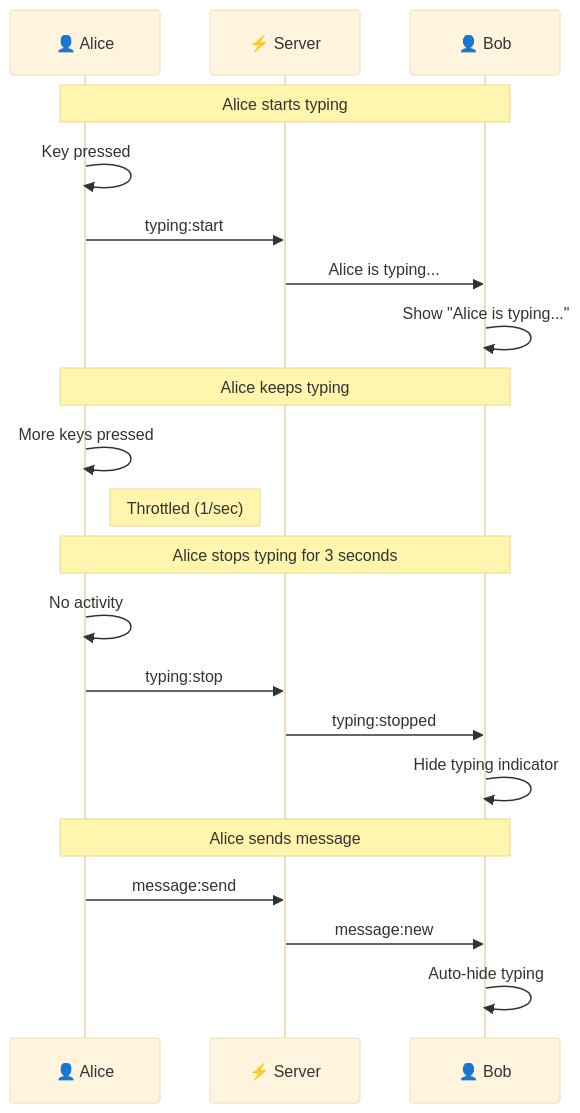
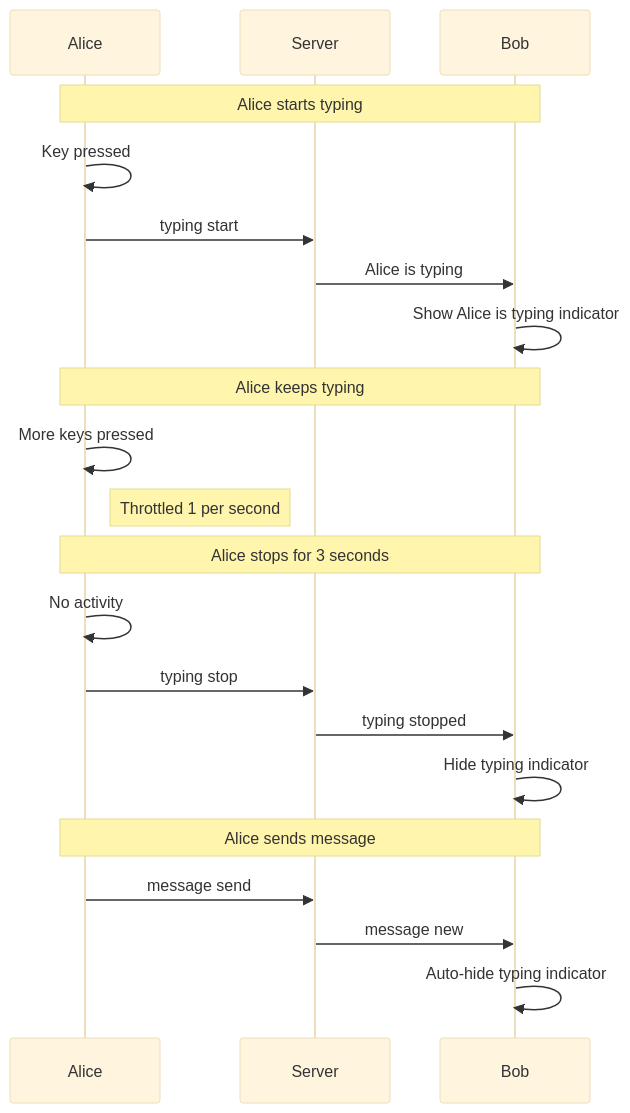
One commit to AtharvaBansod/CAAS changed diagram 18 of 40 in docs/COMPLETE_PLATFORM_VISUAL_GUIDE.md. Above: the diagram before and after it, drawn with Mermaid (base theme). The commit also changed other lines of this file, not shown here.

````diff
--- a/docs/COMPLETE_PLATFORM_VISUAL_GUIDE.md
+++ b/docs/COMPLETE_PLATFORM_VISUAL_GUIDE.md
@@ -550,27 +636,27 @@
 ```mermaid
 sequenceDiagram
-    participant A as 👤 Alice
-    participant SERVER as ⚡ Server
-    participant B as 👤 Bob
+    participant A as Alice
+    participant SERVER as Server
+    participant B as Bob
     
     Note over A,B: Alice starts typing
     A->>A: Key pressed
-    A->>SERVER: typing:start
-    SERVER->>B: Alice is typing...
-    B->>B: Show "Alice is typing..."
+    A->>SERVER: typing start
+    SERVER->>B: Alice is typing
+    B->>B: Show Alice is typing indicator
     
     Note over A,B: Alice keeps typing
     A->>A: More keys pressed
-    Note right of A: Throttled (1/sec)
+    Note right of A: Throttled 1 per second
     
-    Note over A,B: Alice stops typing for 3 seconds
+    Note over A,B: Alice stops for 3 seconds
     A->>A: No activity
-    A->>SERVER: typing:stop
-    SERVER->>B: typing:stopped
+    A->>SERVER: typing stop
+    SERVER->>B: typing stopped
     B->>B: Hide typing indicator
     
     Note over A,B: Alice sends message
-    A->>SERVER: message:send
-    SERVER->>B: message:new
-    B->>B: Auto-hide typing
+    A->>SERVER: message send
+    SERVER->>B: message new
+    B->>B: Auto-hide typing indicator
 ```
````
